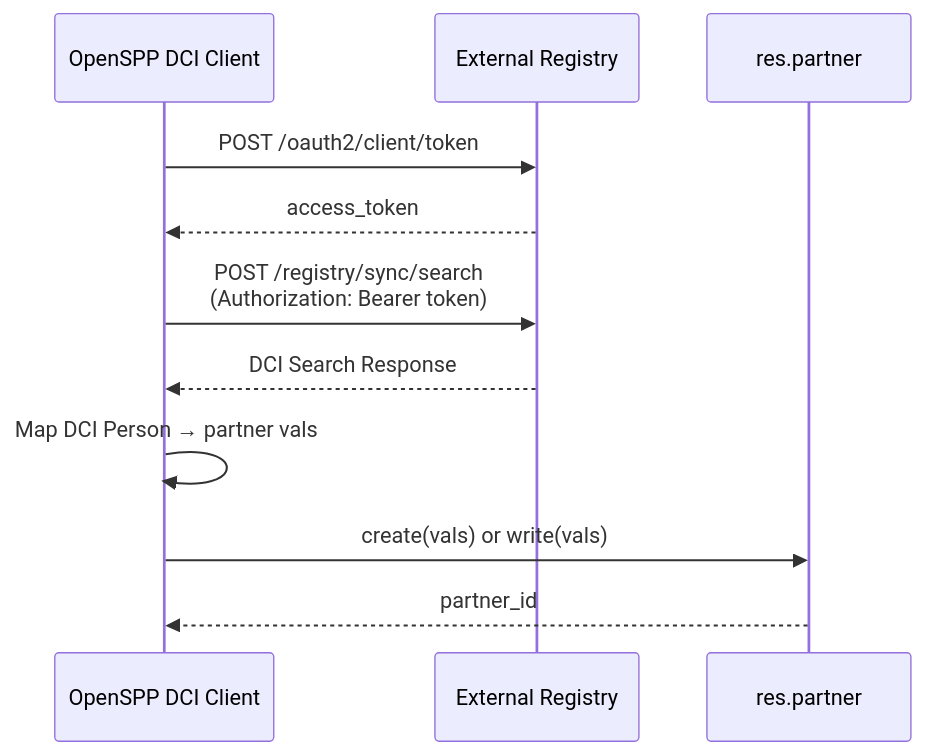
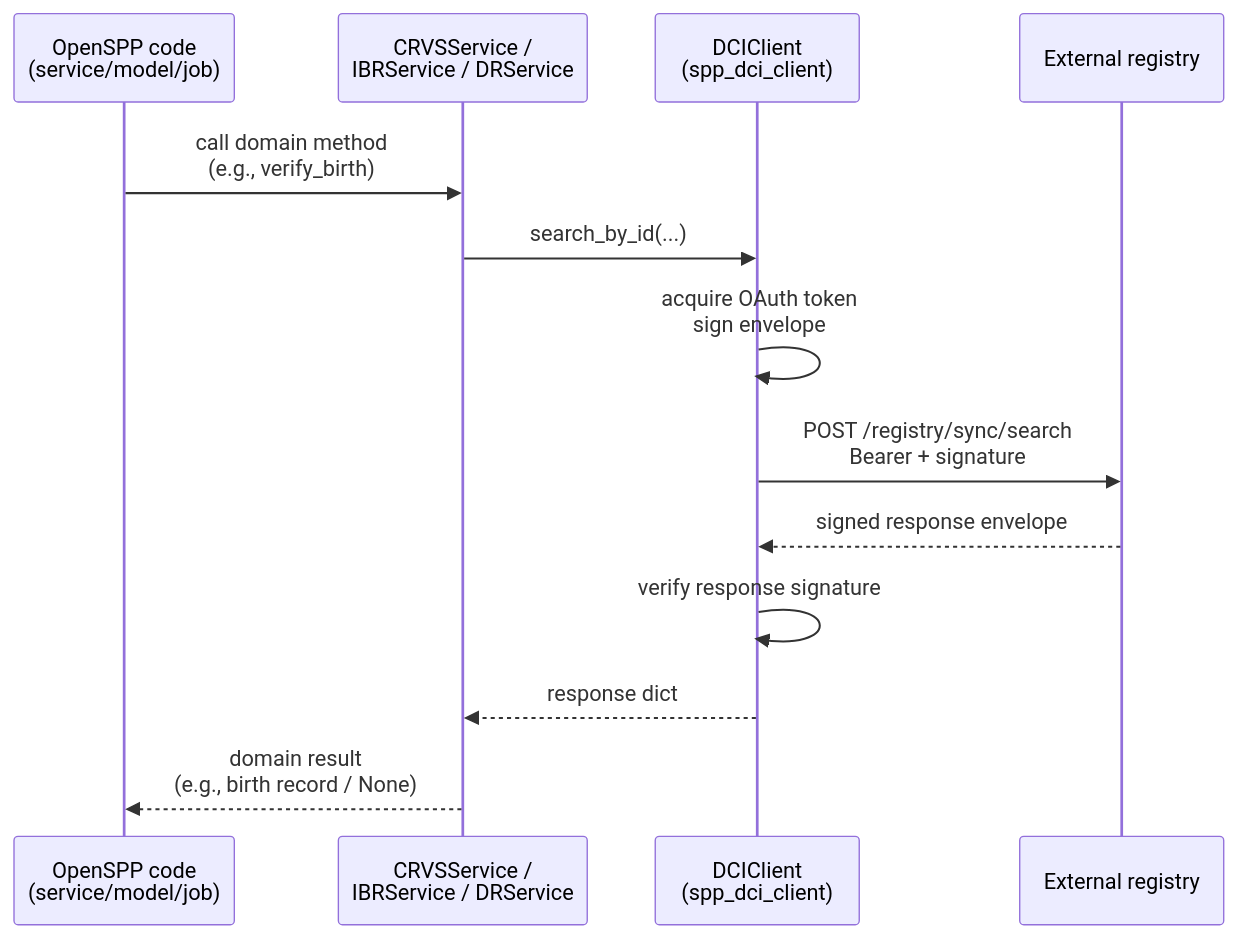
The diagram in docs/developer_guide/dci/client_role.md (OpenSPP/documentation), drawn with Mermaid before and after one commit. The commit also changed other lines of this file and 4 other files, not shown here.

````diff
--- a/docs/developer_guide/dci/client_role.md
+++ b/docs/developer_guide/dci/client_role.md
@@ -58,16 +22,16 @@
 ```{mermaid}
 sequenceDiagram
-    participant OpenSPP as OpenSPP DCI Client
-    participant External as External Registry
-    participant Registry as res.partner
+    participant Code as OpenSPP code<br/>(service/model/job)
+    participant Service as CRVSService /<br/>IBRService / DRService
+    participant DCIClient as DCIClient<br/>(spp_dci_client)
+    participant External as External registry
 
-    OpenSPP->>External: POST /oauth2/client/token
-    External-->>OpenSPP: access_token
-
-    OpenSPP->>External: POST /registry/sync/search<br/>(Authorization: Bearer token)
-    External-->>OpenSPP: DCI Search Response
-
-    OpenSPP->>OpenSPP: Map DCI Person → partner vals
-    OpenSPP->>Registry: create(vals) or write(vals)
-    Registry-->>OpenSPP: partner_id
+    Code->>Service: call domain method<br/>(e.g., verify_birth)
+    Service->>DCIClient: search_by_id(...)
+    DCIClient->>DCIClient: acquire OAuth token<br/>sign envelope
+    DCIClient->>External: POST /registry/sync/search<br/>Bearer + signature
+    External-->>DCIClient: signed response envelope
+    DCIClient->>DCIClient: verify response signature
+    DCIClient-->>Service: response dict
+    Service-->>Code: domain result<br/>(e.g., birth record / None)
 ```
````
